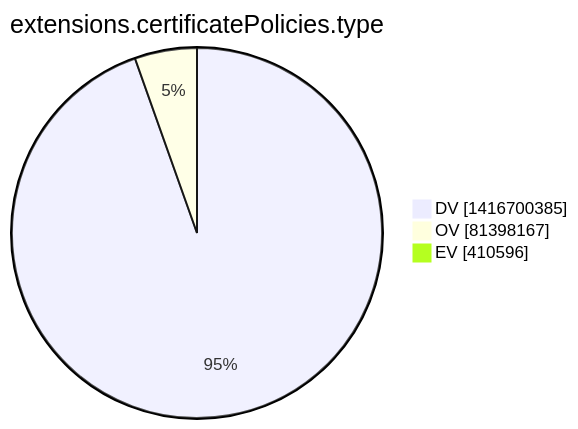
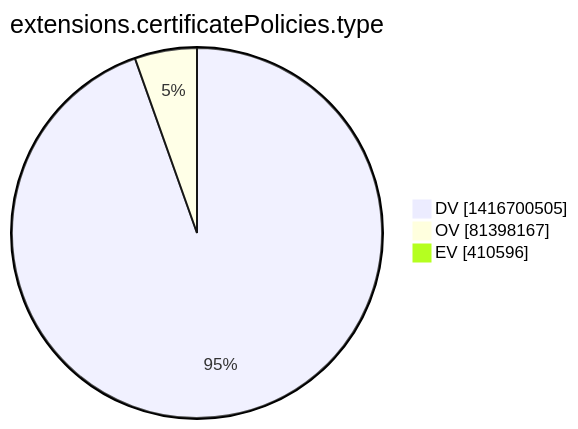
The tenth of 15 diagrams in xenon2022/README.md (christiankrug/ctmonitor_visualization), drawn with Mermaid before and after one commit. The commit also changed other lines of this file, not shown here.

````diff
--- a/xenon2022/README.md
+++ b/xenon2022/README.md
@@ -2864,7 +2864,7 @@
 ```mermaid
 pie showData
 title extensions.certificatePolicies.type
-"DV" :1416700385
+"DV" :1416700505
 "OV" :81398167
 "EV" :410596
 ```
````
